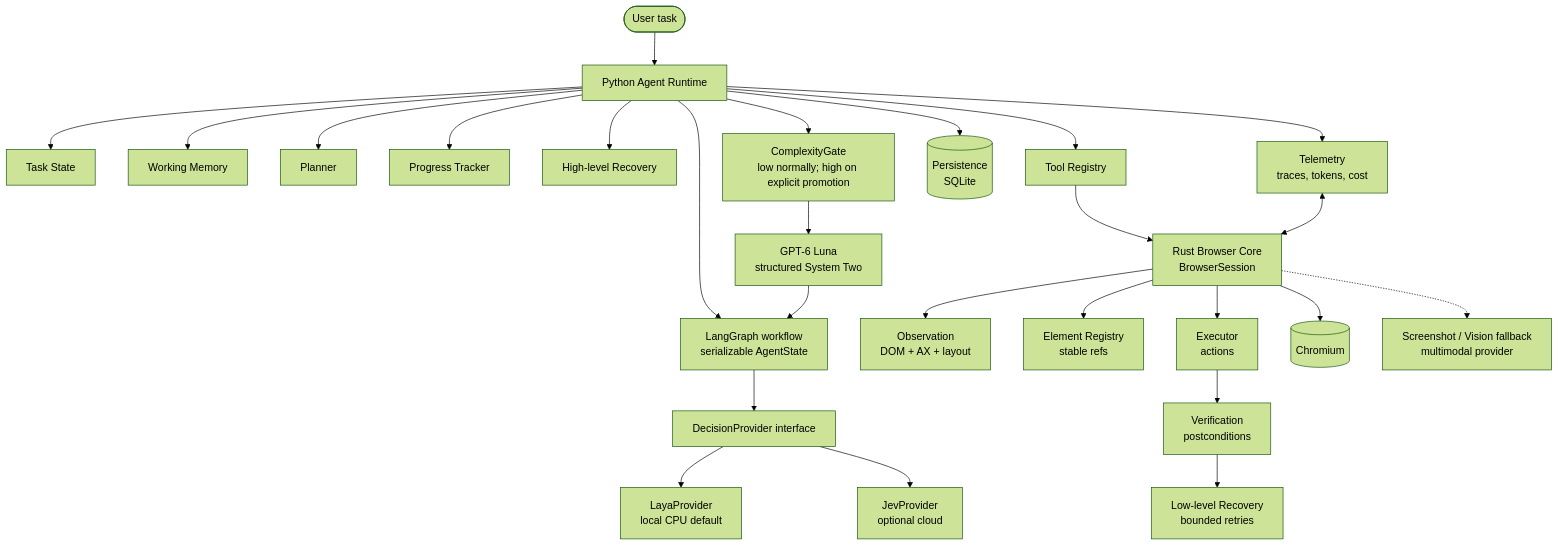
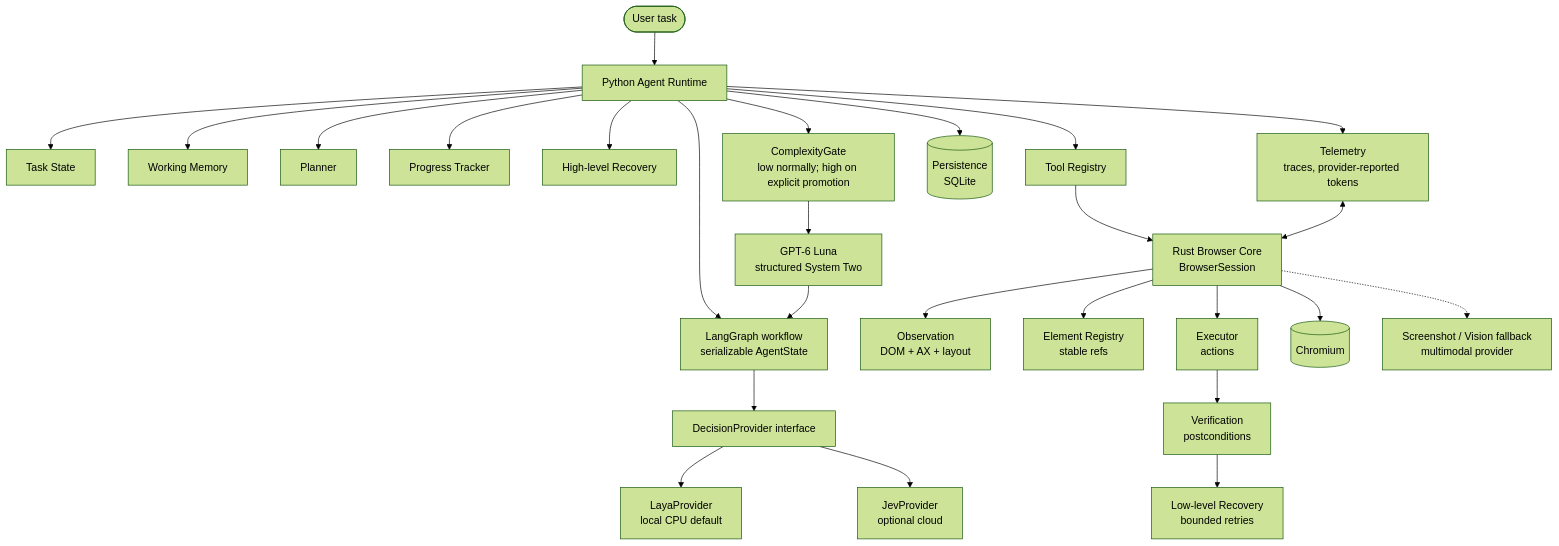
The diagram in docs/architecture/system-overview.md (arjun-713/BrowSKI), drawn with Mermaid (forest theme) before and after one commit. The commit also changed other lines of this file and 3 other files, not shown here.

````diff
--- a/docs/architecture/system-overview.md
+++ b/docs/architecture/system-overview.md
@@ -10,28 +11,28 @@
 ```mermaid
 flowchart TB
     User([User task]) --> Runtime[Python Agent Runtime]
     Runtime --> TaskState[Task State]
     Runtime --> Memory[Working Memory]
     Runtime --> Planner[Planner]
     Runtime --> Progress[Progress Tracker]
     Runtime --> HLRecovery[High-level Recovery]
     Runtime --> Graph[LangGraph workflow\nserializable AgentState]
     Graph --> Decision[DecisionProvider interface]
     Decision --> Laya[LayaProvider\nlocal CPU default]
     Decision --> Jev[JevProvider\noptional cloud]
     Runtime --> Gate[ComplexityGate\nlow normally; high on explicit promotion]
     Gate --> Luna[GPT-6 Luna\nstructured System Two]
     Luna --> Graph[LangGraph workflow\nserializable AgentState]
     Runtime --> Tools[Tool Registry]
     Tools --> Core[Rust Browser Core\nBrowserSession]
     Core --> Obs[Observation\nDOM + AX + layout]
     Core --> Registry[Element Registry\nstable refs]
     Core --> Exec[Executor\nactions]
     Exec --> Verify[Verification\npostconditions]
     Verify --> LLRecovery[Low-level Recovery\nbounded retries]
     Core --> Chromium[(Chromium)]
     Core -.-> Vision[Screenshot / Vision fallback\nmultimodal provider]
     Runtime --> Persist[(Persistence\nSQLite)]
-    Runtime --> Telemetry[Telemetry\ntraces, tokens, cost]
+    Runtime --> Telemetry[Telemetry\ntraces, provider-reported tokens]
     Telemetry <--> Core
 ```
````
